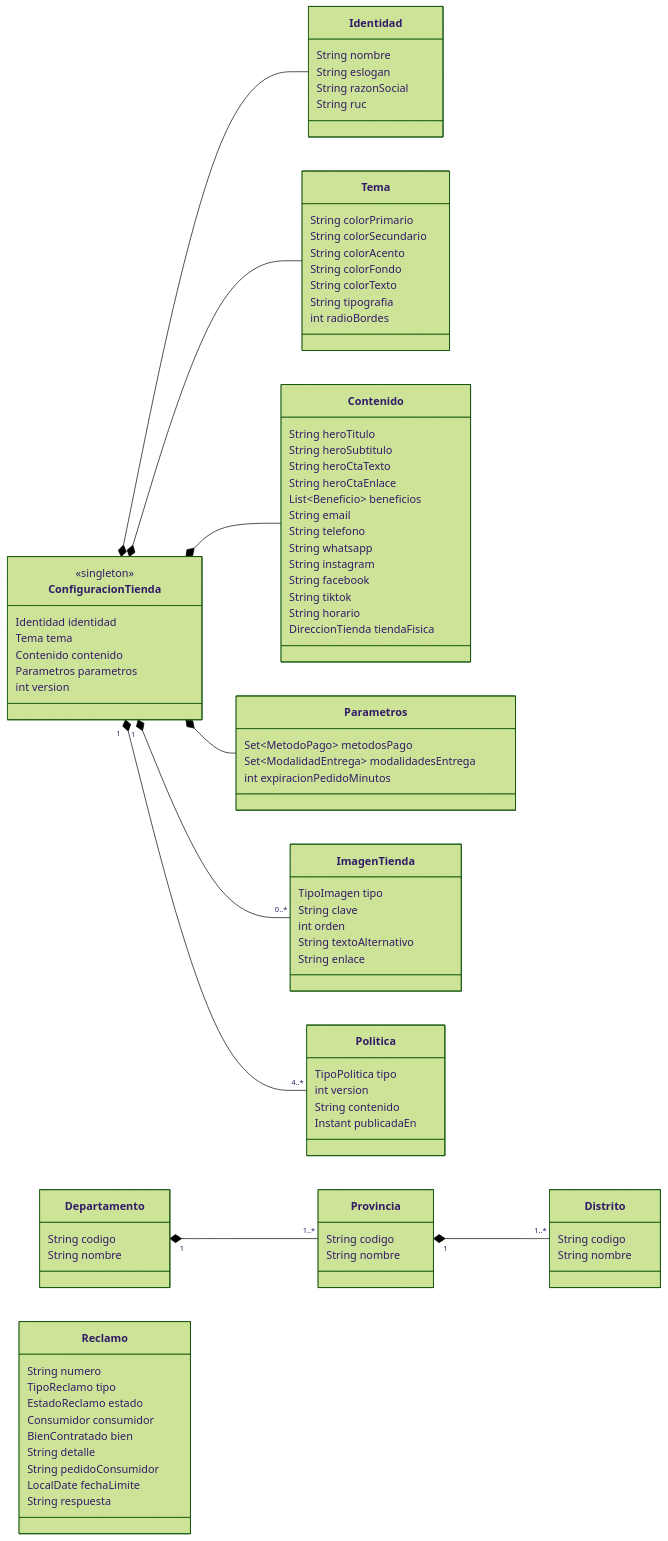
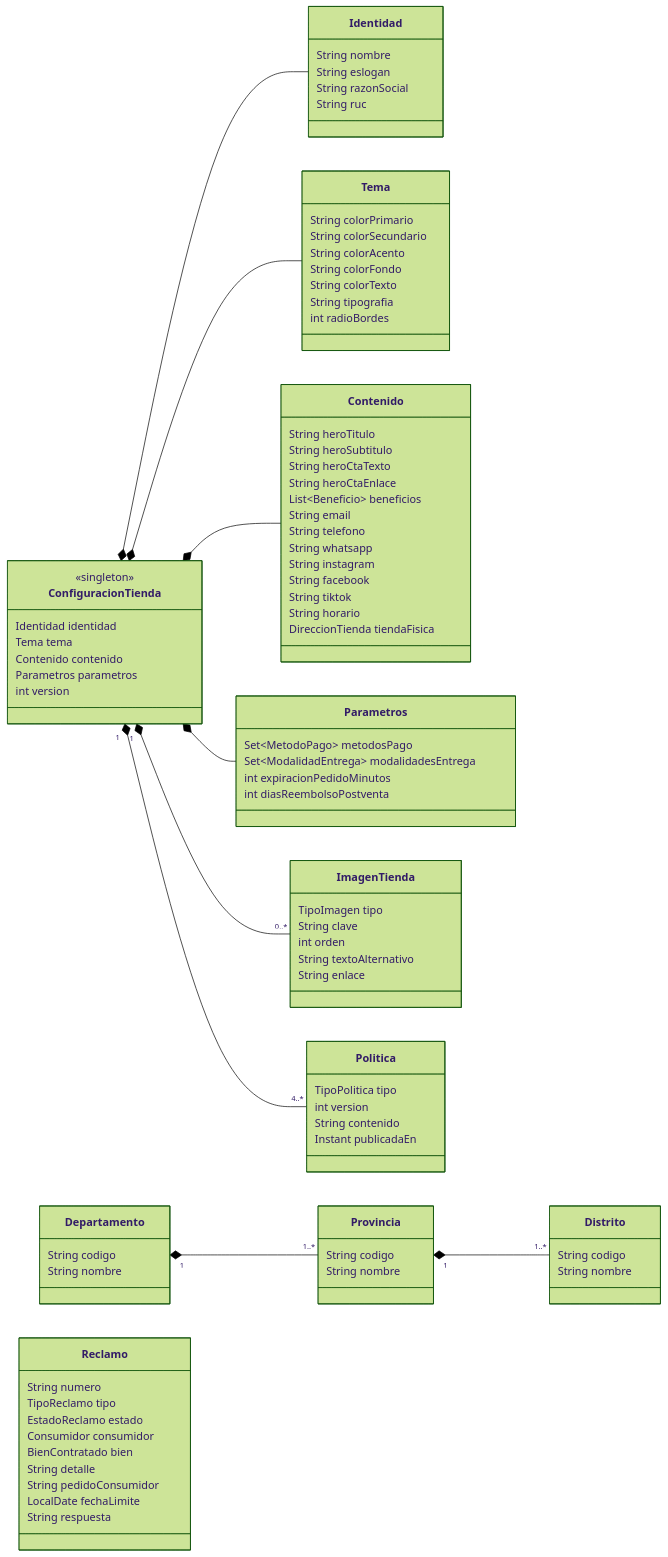
Before and after one commit to cazabacheg/fitstore: the first of 3 diagrams in docs/analisis/micro/settings-service.md, drawn with Mermaid (forest theme). The commit also changed other lines of this file and 16 other files, not shown here.

First line of the commit message:
docs: reembolso postventa total o parcial desde el pedido entregado

```diff
--- a/docs/analisis/micro/settings-service.md
+++ b/docs/analisis/micro/settings-service.md
@@ -91,6 +92,7 @@
         Set~MetodoPago~ metodosPago
         Set~ModalidadEntrega~ modalidadesEntrega
         int expiracionPedidoMinutos
+        int diasReembolsoPostventa
     }
     class ImagenTienda {
         TipoImagen tipo
```
